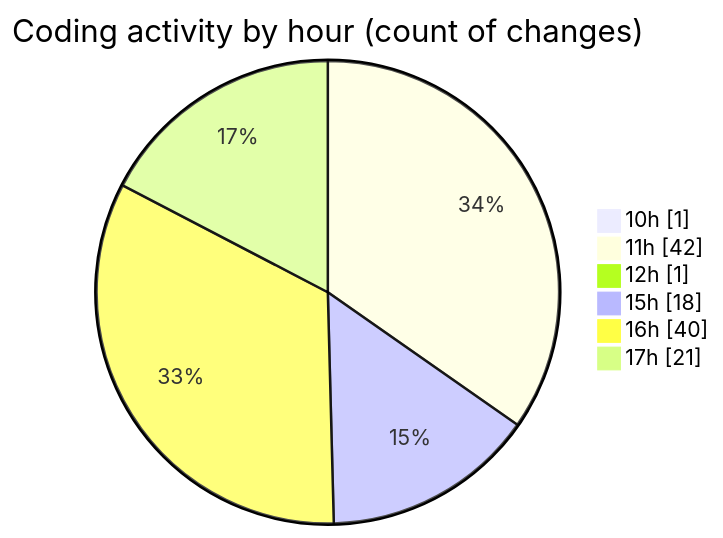
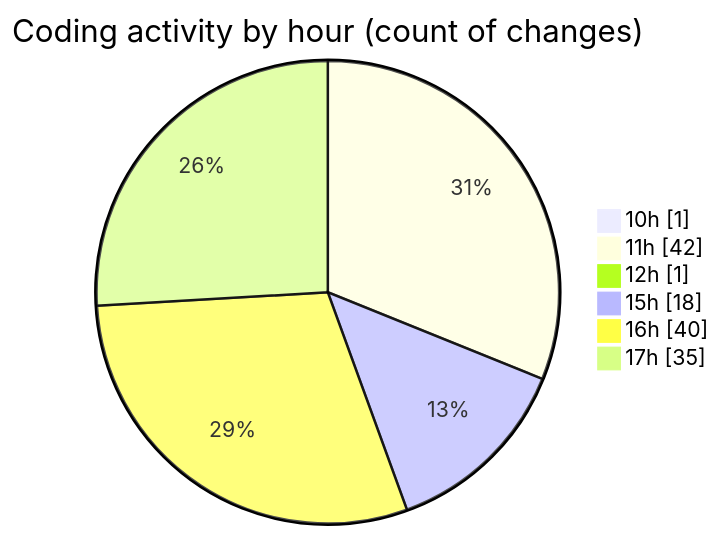
Before and after one commit to nxtqubesakshisongat/code-tracking: the second of 2 diagrams in 2025-06-25/nxtqube_webapp/README.md, drawn with Mermaid. The commit also changed other lines of this file and 1 other file, not shown here.

````diff
--- a/2025-06-25/nxtqube_webapp/README.md
+++ b/2025-06-25/nxtqube_webapp/README.md
@@ -33,10 +33,10 @@
 ```mermaid
 pie showData
 title Coding activity by hour (count of changes)
 "10h" : 1
 "11h" : 42
 "12h" : 1
 "15h" : 18
 "16h" : 40
-"17h" : 21
+"17h" : 35
 ```
````
